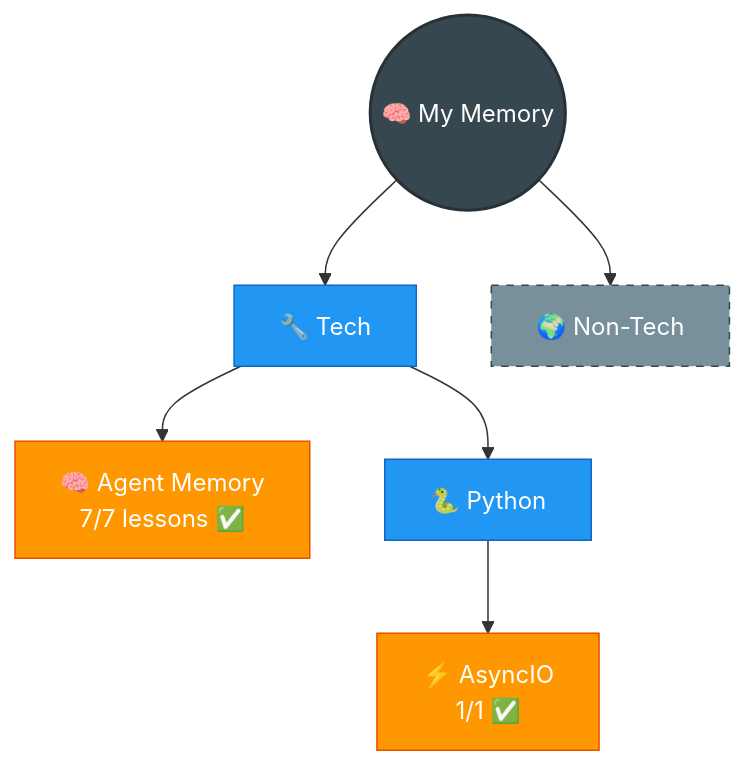
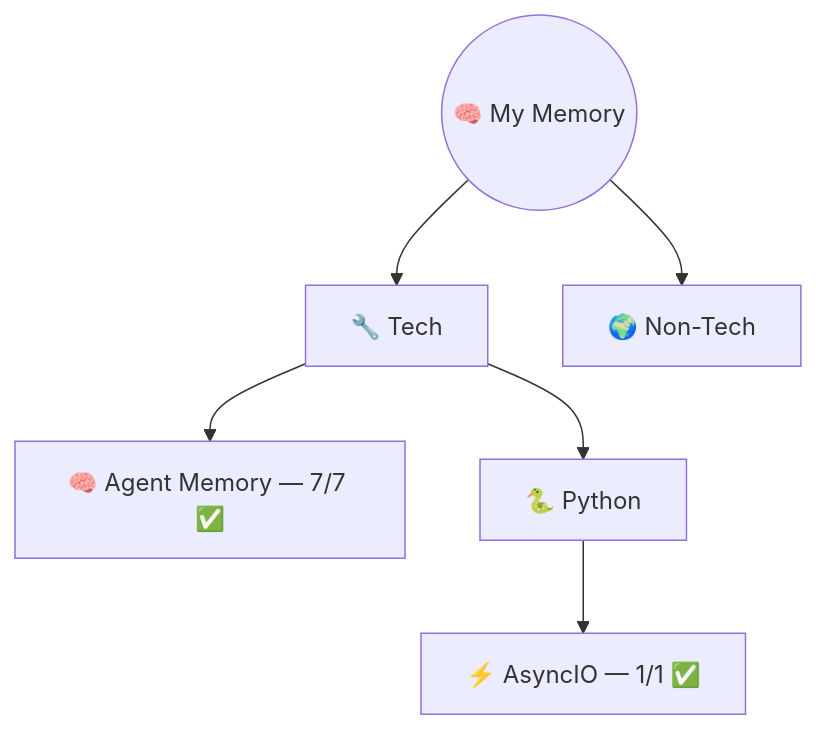
The diagram in README.md (AyushSonuu/my-memory), drawn with Mermaid before and after one commit. The commit also changed other lines of this file and 8 other files, not shown here.

Commit message:
🎨 fix: theme-aware mermaid (no custom fills), consistent colors in both modes, clean homepage

````diff
--- a/README.md
+++ b/README.md
@@ -9,17 +9,10 @@
 ```mermaid
 graph TB
     ROOT(("🧠 My Memory"))
     ROOT --> TECH["🔧 Tech"]
     ROOT --> NT["🌍 Non-Tech"]
     
-    TECH --> AM["🧠 Agent Memory<br/>7/7 lessons ✅"]
+    TECH --> AM["🧠 Agent Memory — 7/7 ✅"]
     TECH --> PY["🐍 Python"]
-    PY --> AIO["⚡ AsyncIO<br/>1/1 ✅"]
-
-    style ROOT fill:#37474f,color:#fff,stroke:#263238,stroke-width:2px
-    style TECH fill:#2196f3,color:#fff,stroke:#1565c0
-    style NT fill:#78909c,color:#fff,stroke:#37474f,stroke-dasharray: 5 5
-    style AM fill:#ff9800,color:#fff,stroke:#e65100
-    style PY fill:#2196f3,color:#fff,stroke:#1565c0
-    style AIO fill:#ff9800,color:#fff,stroke:#e65100
+    PY --> AIO["⚡ AsyncIO — 1/1 ✅"]
 ```
````
